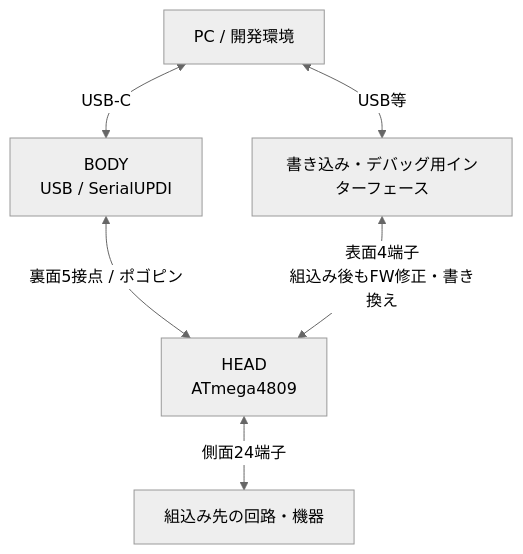
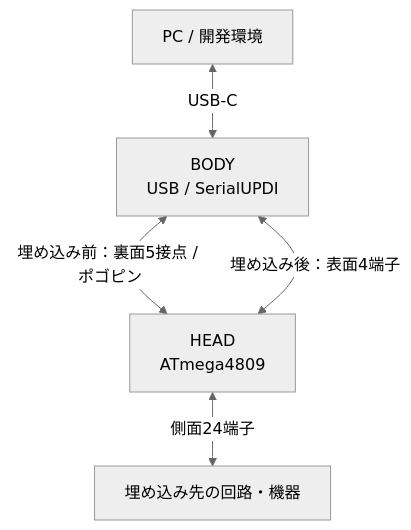
One commit to ymmtynk/BARONDUINO_EVERY changed the first of 2 diagrams in hardware/README.md. Above: the diagram before and after it, drawn with Mermaid (neutral theme). The commit also changed other lines of this file, not shown here.

Commit message:
Clarify single BODY interface for HEAD before and after embedding

````diff
--- a/hardware/README.md
+++ b/hardware/README.md
@@ -7,14 +7,12 @@
 ```mermaid
 flowchart TB
     PC["PC / 開発環境"]
     BODY["BODY<br/>USB / SerialUPDI"]
     HEAD["HEAD<br/>ATmega4809"]
-    DEVICE["組込み先の回路・機器"]
-    ADAPTER["書き込み・デバッグ用インターフェース"]
+    DEVICE["埋め込み先の回路・機器"]
 
     PC <-->|USB-C| BODY
-    BODY <-->|裏面5接点 / ポゴピン| HEAD
+    BODY <-->|埋め込み前：裏面5接点 / ポゴピン| HEAD
+    BODY <-->|埋め込み後：表面4端子| HEAD
     HEAD <-->|側面24端子| DEVICE
-    PC <-->|USB等| ADAPTER
-    ADAPTER <-->|表面4端子<br/>組込み後もFW修正・書き換え| HEAD
 ```
````
